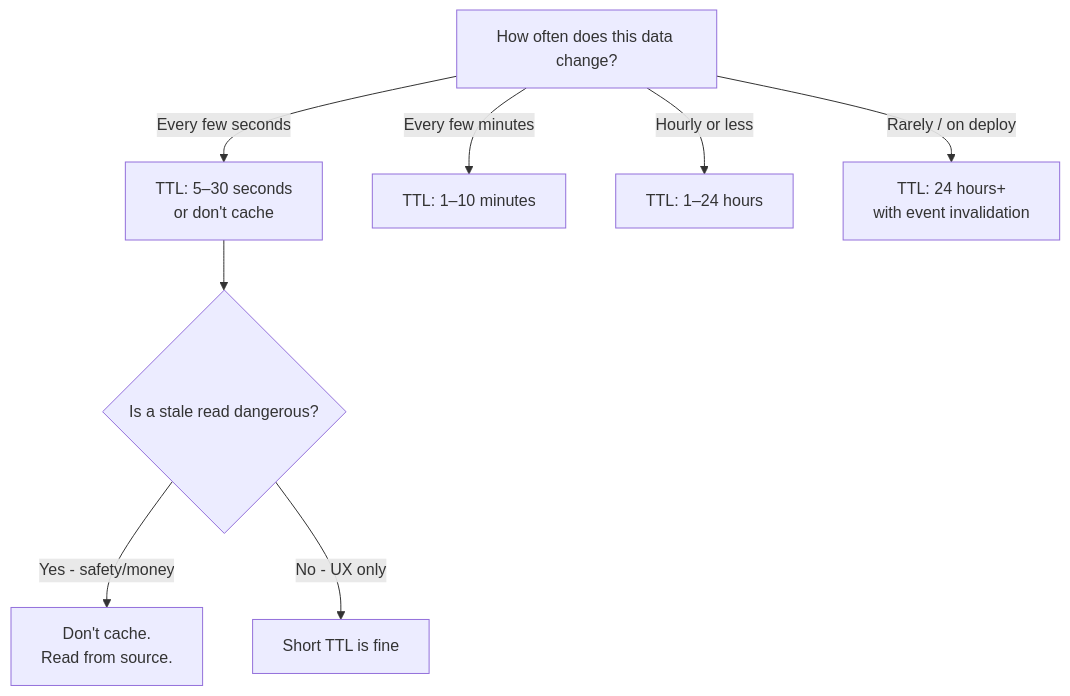
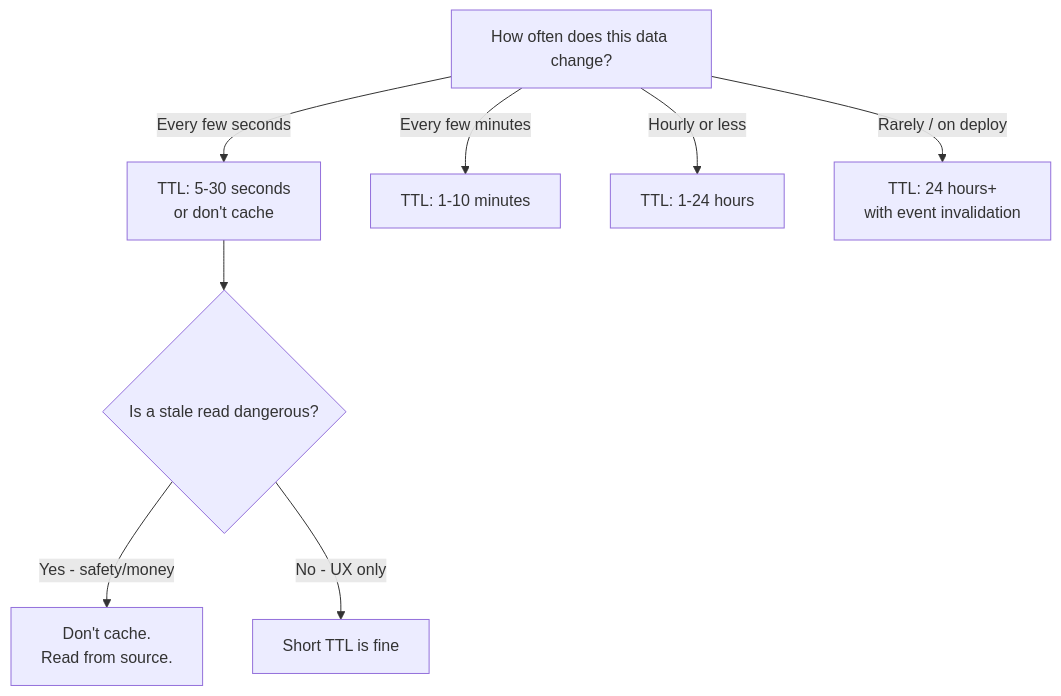
The second of 4 diagrams in 06-developer-guides/08-cache-patterns.md (rishikeshdhokare/platform-manifesto), drawn with Mermaid before and after one commit. The commit also changed other lines of this file and 37 other files, not shown here.

````diff
--- a/06-developer-guides/08-cache-patterns.md
+++ b/06-developer-guides/08-cache-patterns.md
@@ -127,12 +127,12 @@
 ```mermaid
 flowchart TD
-    A[How often does this data change?] -->|Every few seconds| B[TTL: 5–30 seconds\nor don't cache]
-    A -->|Every few minutes| C[TTL: 1–10 minutes]
-    A -->|Hourly or less| D[TTL: 1–24 hours]
+    A[How often does this data change?] -->|Every few seconds| B[TTL: 5-30 seconds\nor don't cache]
+    A -->|Every few minutes| C[TTL: 1-10 minutes]
+    A -->|Hourly or less| D[TTL: 1-24 hours]
     A -->|Rarely / on deploy| E[TTL: 24 hours+\nwith event invalidation]
 
     B --> F{Is a stale read dangerous?}
     F -->|Yes - safety/money| G[Don't cache.\nRead from source.]
     F -->|No - UX only| H[Short TTL is fine]
 
 ```
````
